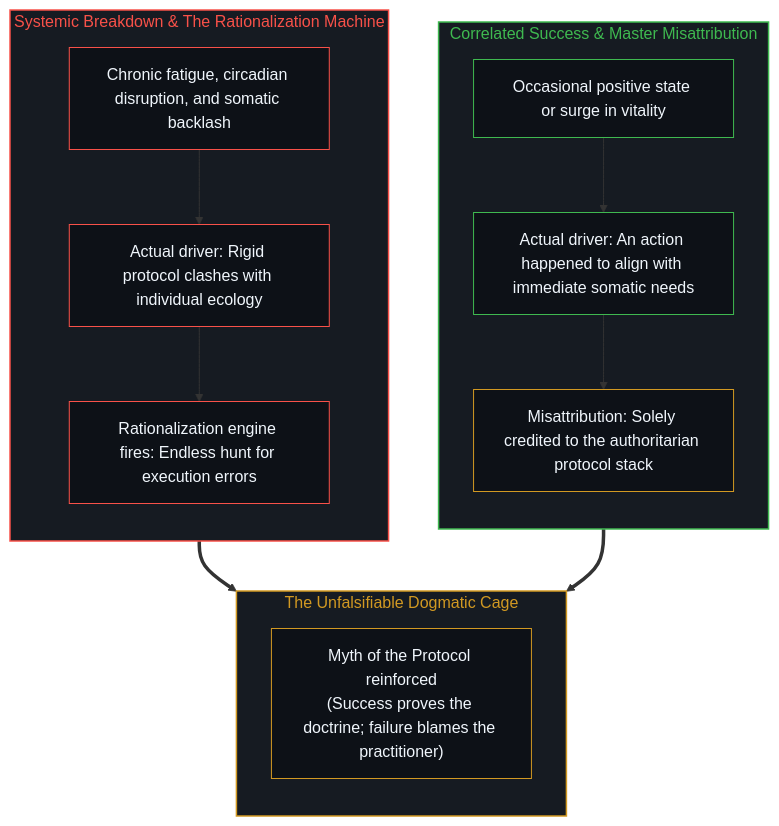
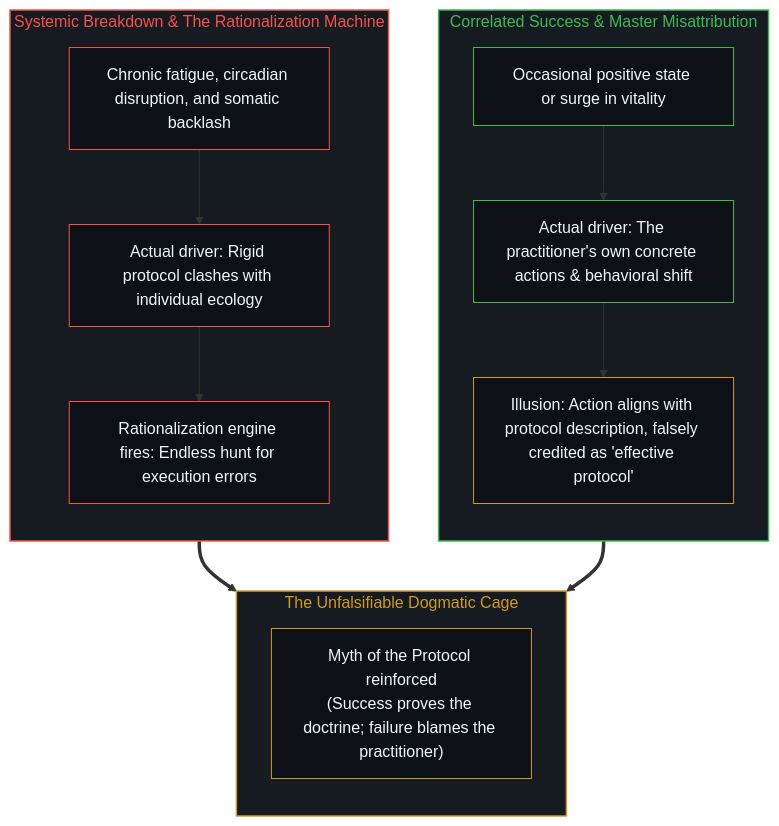
One commit to powerpig99/not-a-toe changed the eighth of 8 diagrams in content/posts/the-inversion-of-the-protocol-and-the-silencing-of-the-causal-loop.md. Above: the diagram before and after it, drawn with Mermaid. The commit also changed other lines of this file and 4 other files, not shown here.

Commit message:
Refine Section IV: articulate behavioral efficacy vs protocol illusion

````diff
--- a/content/posts/the-inversion-of-the-protocol-and-the-silencing-of-the-causal-loop.md
+++ b/content/posts/the-inversion-of-the-protocol-and-the-silencing-of-the-causal-loop.md
@@ -321,37 +321,37 @@
 ```mermaid
 graph TD
     subgraph S_Success["Correlated Success & Master Misattribution"]
         direction TB
         A1["Occasional positive state or surge in vitality"]
-        A2["Actual driver: An action happened to align with immediate somatic needs"]
-        A3["Misattribution: Solely credited to the authoritarian protocol stack"]
+        A2["Actual driver: The practitioner's own concrete actions & behavioral shift"]
+        A3["Illusion: Action aligns with protocol description, falsely credited as 'effective protocol'"]
         A1 --> A2 --> A3
     end
 
     subgraph S_Failure["Systemic Breakdown & The Rationalization Machine"]
         direction TB
         B1["Chronic fatigue, circadian disruption, and somatic backlash"]
         B2["Actual driver: Rigid protocol clashes with individual ecology"]
         B3["Rationalization engine fires: Endless hunt for execution errors"]
         B1 --> B2 --> B3
     end
 
     subgraph S_Reinforcement["The Unfalsifiable Dogmatic Cage"]
         direction TB
         C1["Myth of the Protocol reinforced<br/>(Success proves the doctrine; failure blames the practitioner)"]
     end
 
     A3 ==> C1
     B3 ==> C1
 
     style S_Success fill:#161b22,stroke:#3fb950,stroke-width:1.5px,color:#3fb950
     style S_Failure fill:#161b22,stroke:#f85149,stroke-width:1.5px,color:#f85149
     style S_Reinforcement fill:#161b22,stroke:#d29922,stroke-width:1.5px,color:#d29922
     style A1 fill:#0d1117,stroke:#3fb950,stroke-width:1px,color:#f0f6fc
     style A2 fill:#0d1117,stroke:#3fb950,stroke-width:1px,color:#f0f6fc
     style A3 fill:#0d1117,stroke:#d29922,stroke-width:1px,color:#f0f6fc
     style B1 fill:#0d1117,stroke:#f85149,stroke-width:1px,color:#f0f6fc
     style B2 fill:#0d1117,stroke:#f85149,stroke-width:1px,color:#f0f6fc
     style B3 fill:#0d1117,stroke:#f85149,stroke-width:1px,color:#f0f6fc
     style C1 fill:#0d1117,stroke:#d29922,stroke-width:1px,color:#f0f6fc
 ```
````
